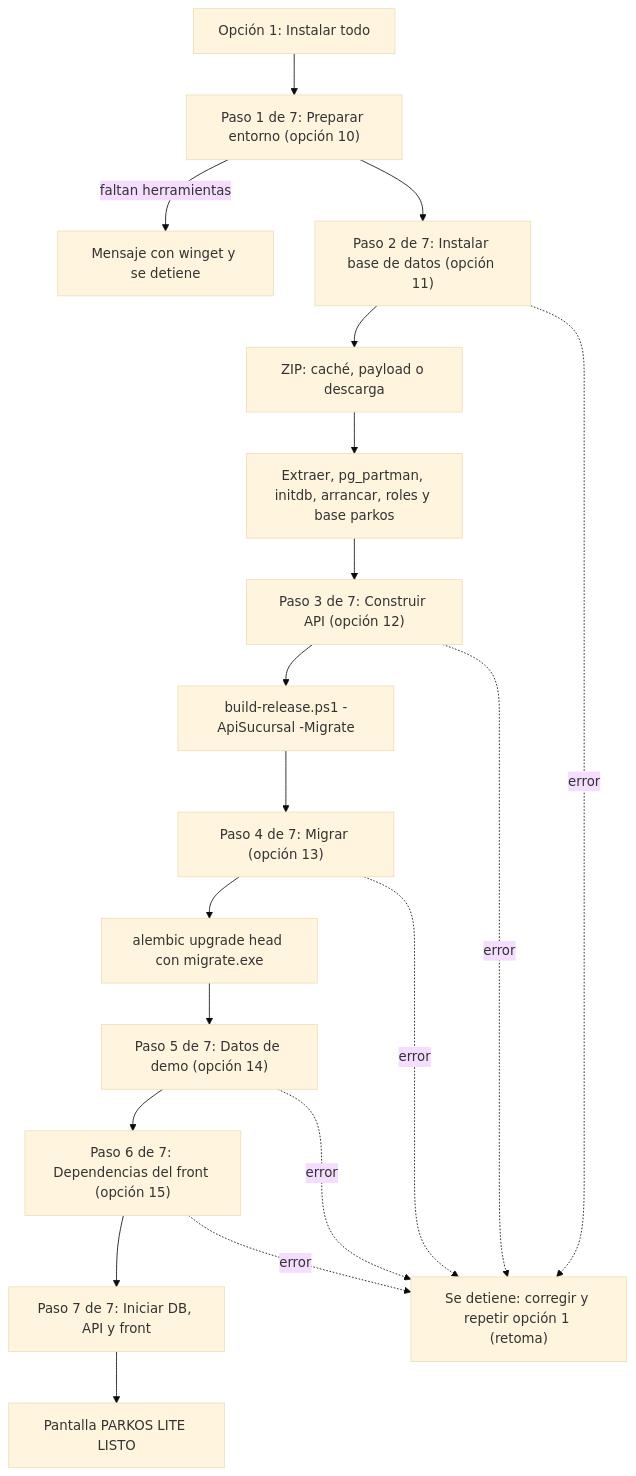
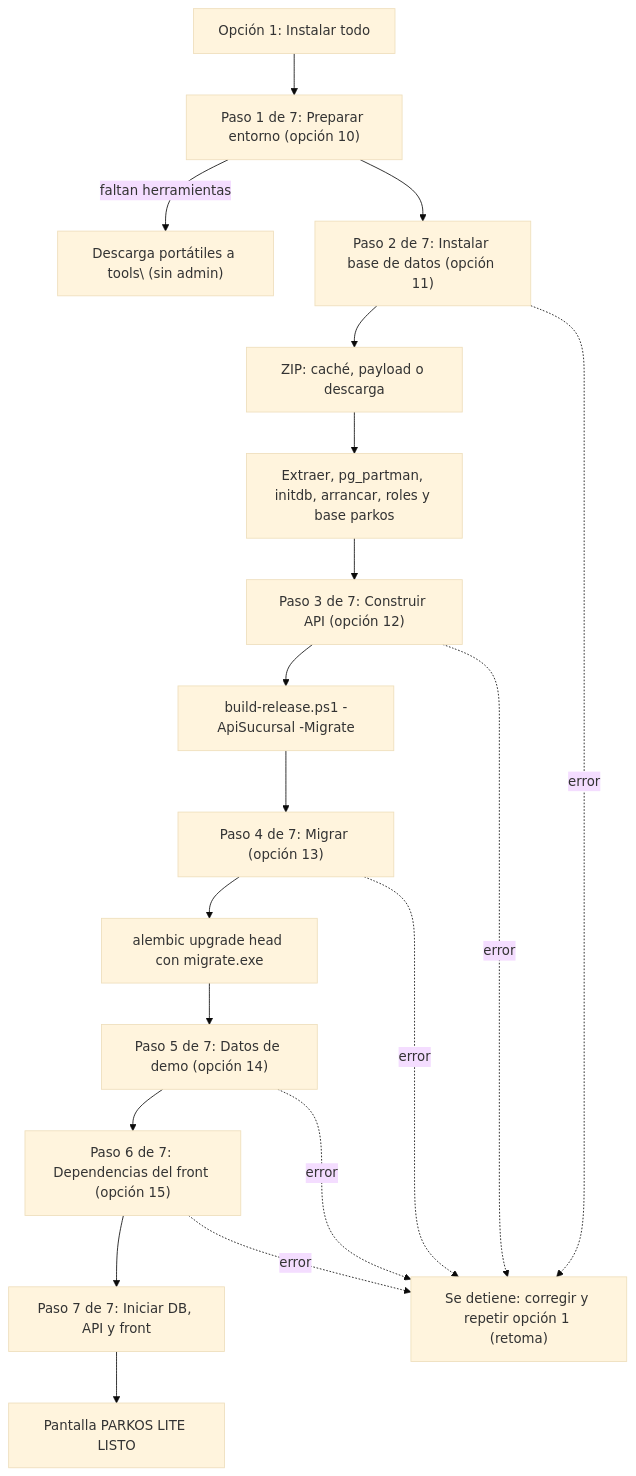
The first of 2 diagrams in installer/lite/MANUAL.md (sgveasypunto-ia/PArkOS), drawn with Mermaid (base theme) before and after one commit. The commit also changed other lines of this file and 1 other file, not shown here.

````diff
--- a/installer/lite/MANUAL.md
+++ b/installer/lite/MANUAL.md
@@ -431,21 +442,21 @@
 ```mermaid
 flowchart TD
     A["Opción 1: Instalar todo"] --> B["Paso 1 de 7: Preparar entorno (opción 10)"]
-    B -->|"faltan herramientas"| F["Mensaje con winget y se detiene"]
+    B -->|"faltan herramientas"| F["Descarga portátiles a tools\ (sin admin)"]
     B --> C["Paso 2 de 7: Instalar base de datos (opción 11)"]
     C --> C1["ZIP: caché, payload o descarga"]
     C1 --> C2["Extraer, pg_partman, initdb, arrancar, roles y base parkos"]
     C2 --> D["Paso 3 de 7: Construir API (opción 12)"]
     D --> D1["build-release.ps1 -ApiSucursal -Migrate"]
     D1 --> E["Paso 4 de 7: Migrar (opción 13)"]
     E --> E1["alembic upgrade head con migrate.exe"]
     E1 --> G["Paso 5 de 7: Datos de demo (opción 14)"]
     G --> H["Paso 6 de 7: Dependencias del front (opción 15)"]
     H --> I["Paso 7 de 7: Iniciar DB, API y front"]
     I --> J["Pantalla PARKOS LITE LISTO"]
     C -.->|"error"| X["Se detiene: corregir y repetir opción 1 (retoma)"]
     D -.->|"error"| X
     E -.->|"error"| X
     G -.->|"error"| X
     H -.->|"error"| X
 ```
````
